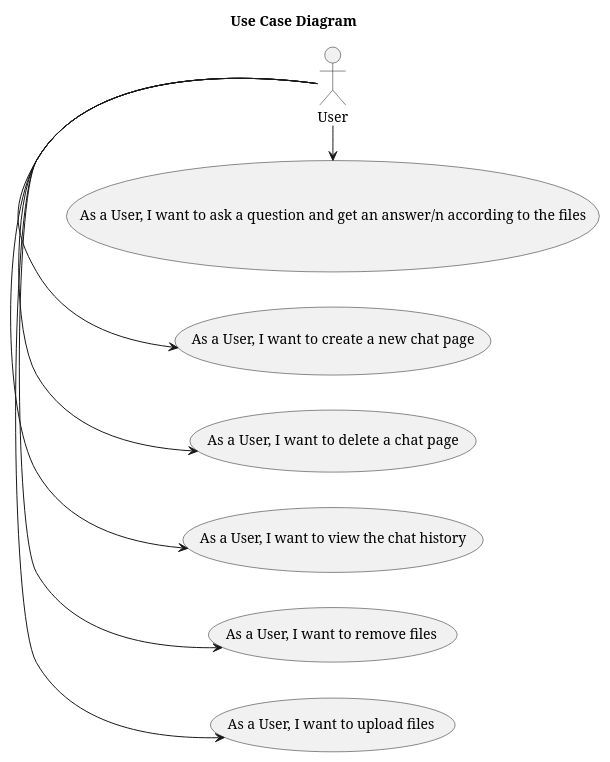
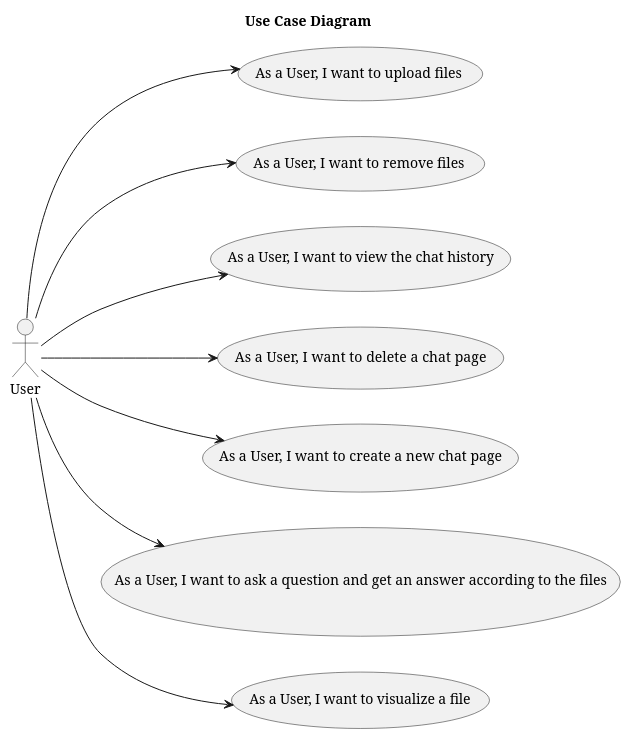
Before and after one commit to Ana6363/RAGSystem_Wiki: the diagram in UseCaseDiagram.puml, drawn with PlantUML. The commit also changed 5 other files, not shown here.

Commit message:
Added new diagrams (front and backend views from level 3)

```diff
--- a/UseCaseDiagram.puml
+++ b/UseCaseDiagram.puml
@@ -1,17 +1,18 @@
 @startuml
 
 left to right direction
 skinparam packageStyle rectangle
 
 title Use Case Diagram
 
 :User: as User
 
-User -> (As a User, I want to upload files)
-User -> (As a User, I want to remove files)
-User -> (As a User, I want to view the chat history)
-User -> (As a User, I want to delete a chat page)
-User -> (As a User, I want to create a new chat page)
-User -> (As a User, I want to ask a question and get an answer/n according to the files)
+User --> (As a User, I want to upload files)
+User --> (As a User, I want to remove files)
+User --> (As a User, I want to view the chat history)
+User --> (As a User, I want to delete a chat page)
+User --> (As a User, I want to create a new chat page)
+User --> (As a User, I want to ask a question and get an answer according to the files)
+User --> (As a User, I want to visualize a file)
 
 @enduml
```
